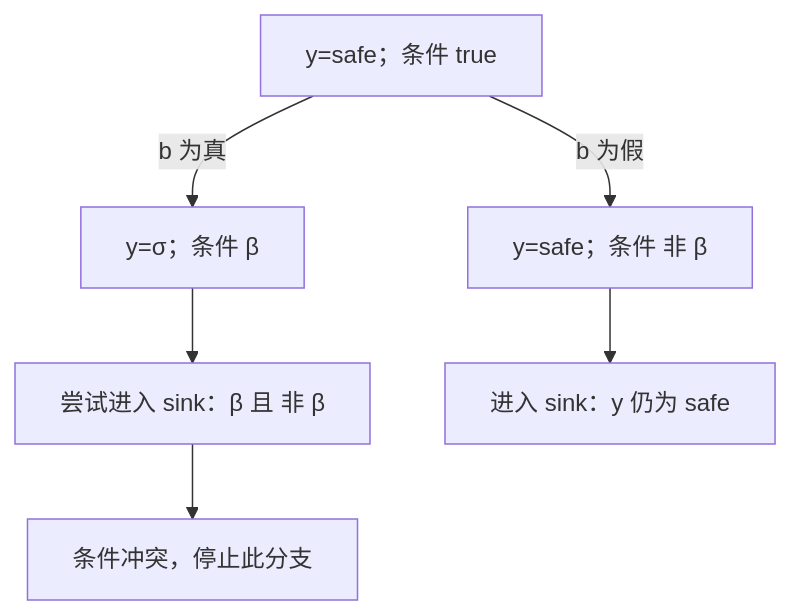
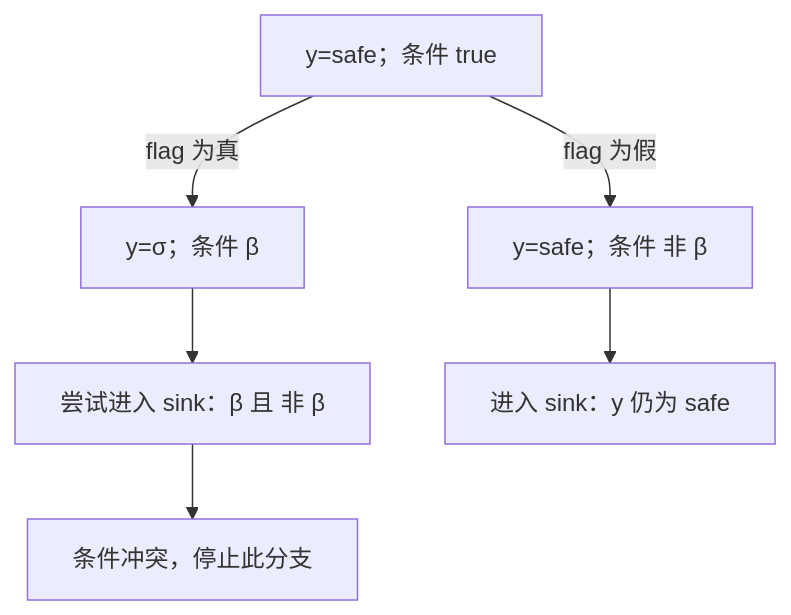
Before and after one commit to Scrates1/Scrates1.github.io: the diagram in src/static-analysis/assets/09-series-1.mmd, drawn with Mermaid. The commit also changed 22 other files, not shown here.

```diff
--- a/src/static-analysis/assets/09-series-1.mmd
+++ b/src/static-analysis/assets/09-series-1.mmd
@@ -1,6 +1,6 @@
 flowchart TD
-  A["y=safe；条件 true"] -->|b 为真| B["y=σ；条件 β"]
-  A -->|b 为假| C["y=safe；条件 非 β"]
+  A["y=safe；条件 true"] -->|flag 为真| B["y=σ；条件 β"]
+  A -->|flag 为假| C["y=safe；条件 非 β"]
   B --> D["尝试进入 sink：β 且 非 β"]
   D --> X[条件冲突，停止此分支]
   C --> S["进入 sink：y 仍为 safe"]
```
